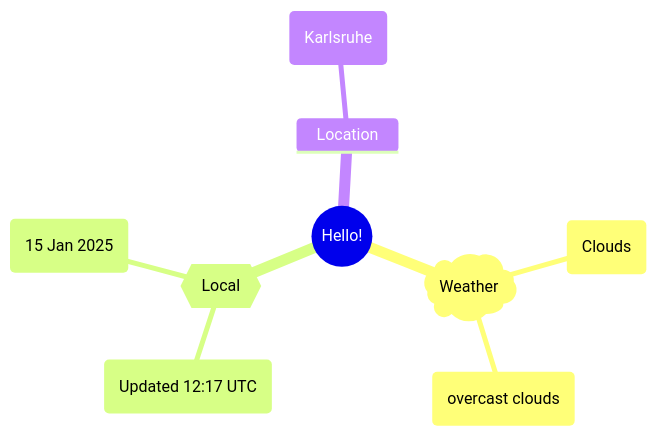
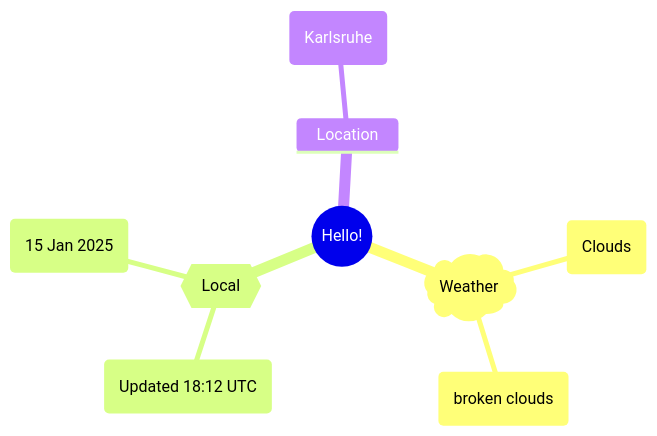
The first of 2 diagrams in README.md (Xosrov/Xosrov), drawn with Mermaid before and after one commit.

Commit message:
[bot] updated images

````diff
--- a/README.md
+++ b/README.md
@@ -3,12 +3,12 @@
 ```mermaid
 mindmap
   root((Hello!))
     )Weather(
         (Clouds)
-        (overcast clouds)
+        (broken clouds)
     {{Local}}
-        (Updated 12:17 UTC)
+        (Updated 18:12 UTC)
         (15 Jan 2025)
     Location
         (Karlsruhe)
 ```
````
